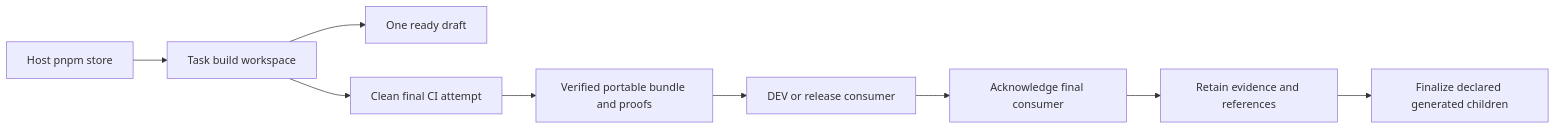
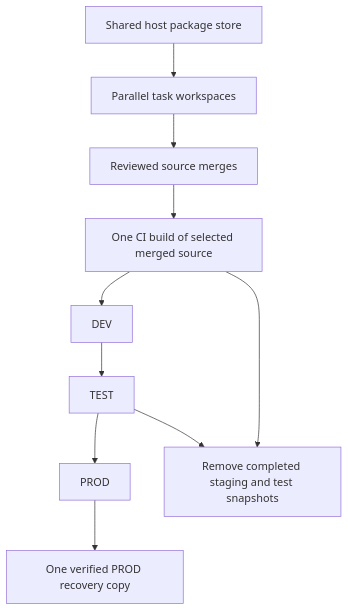
The diagram in packages/e2e/DEVELOPMENT_STORAGE.md (coletaylor788/puddles), drawn with Mermaid before and after one commit. The commit also changed other lines of this file and 8 other files, not shown here.

Commit message:
docs: simplify parallel development and release promotion

````diff
--- a/packages/e2e/DEVELOPMENT_STORAGE.md
+++ b/packages/e2e/DEVELOPMENT_STORAGE.md
@@ -8,11 +8,12 @@
 ```mermaid
-flowchart LR
-    Store[Host pnpm store] --> Build[Task build workspace]
-    Build --> Draft[One ready draft]
-    Build --> CI[Clean final CI attempt]
-    CI --> Bundle[Verified portable bundle and proofs]
-    Bundle --> Consumer[DEV or release consumer]
-    Consumer --> Finish[Acknowledge final consumer]
-    Finish --> Evidence[Retain evidence and references]
-    Evidence --> Cleanup[Finalize declared generated children]
+flowchart TD
+    Work[Parallel task workspaces] --> Merge[Reviewed source merges]
+    Store[Shared host package store] --> Work
+    Merge --> CI[One CI build of selected merged source]
+    CI --> DEV[DEV]
+    DEV --> TEST[TEST]
+    TEST --> PROD[PROD]
+    PROD --> Backup[One verified PROD recovery copy]
+    TEST --> Clean[Remove completed staging and test snapshots]
+    CI --> Clean
 ```
````
